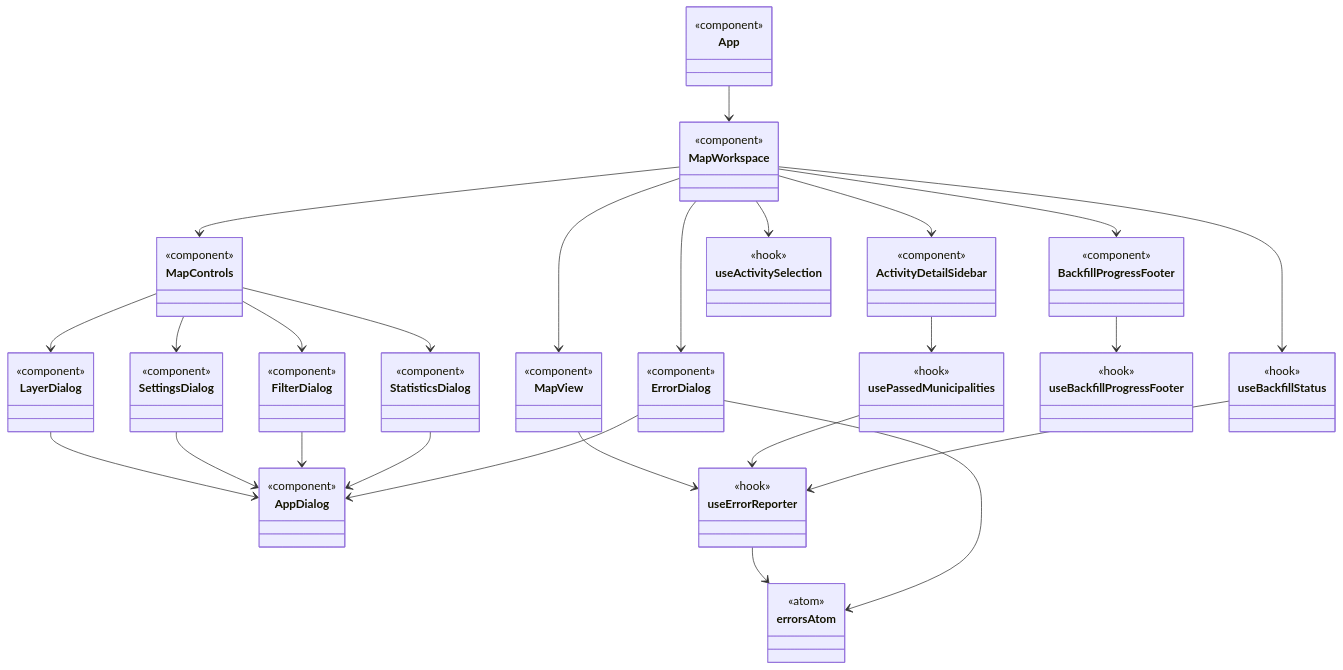
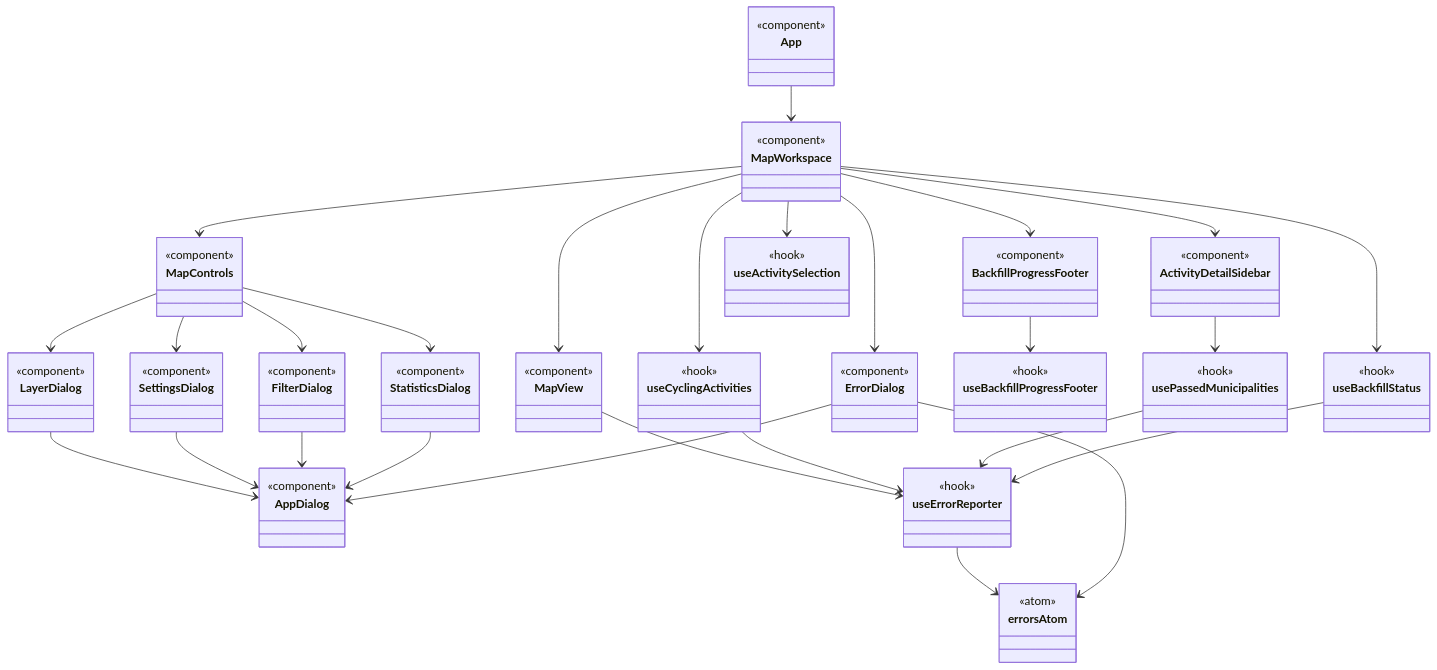
Before and after one commit to hyoiutu/geoInfo_viewer: the third of 3 diagrams in designs/class_diagram.md, drawn with Mermaid. The commit also changed other lines of this file and 7 other files, not shown here.

```diff
--- a/designs/class_diagram.md
+++ b/designs/class_diagram.md
@@ -176,6 +176,9 @@
     class useActivitySelection {
         <<hook>>
     }
+    class useCyclingActivities {
+        <<hook>>
+    }
     class usePassedMunicipalities {
         <<hook>>
     }
@@ -194,12 +197,14 @@
     MapWorkspace --> ErrorDialog
     MapWorkspace --> useBackfillStatus
     MapWorkspace --> useActivitySelection
+    MapWorkspace --> useCyclingActivities
     MapControls --> LayerDialog
     MapControls --> FilterDialog
     MapControls --> StatisticsDialog
     MapControls --> SettingsDialog
     BackfillProgressFooter --> useBackfillProgressFooter
     MapView --> useErrorReporter
+    useCyclingActivities --> useErrorReporter
     ActivityDetailSidebar --> usePassedMunicipalities
     usePassedMunicipalities --> useErrorReporter
     useBackfillStatus --> useErrorReporter
```
